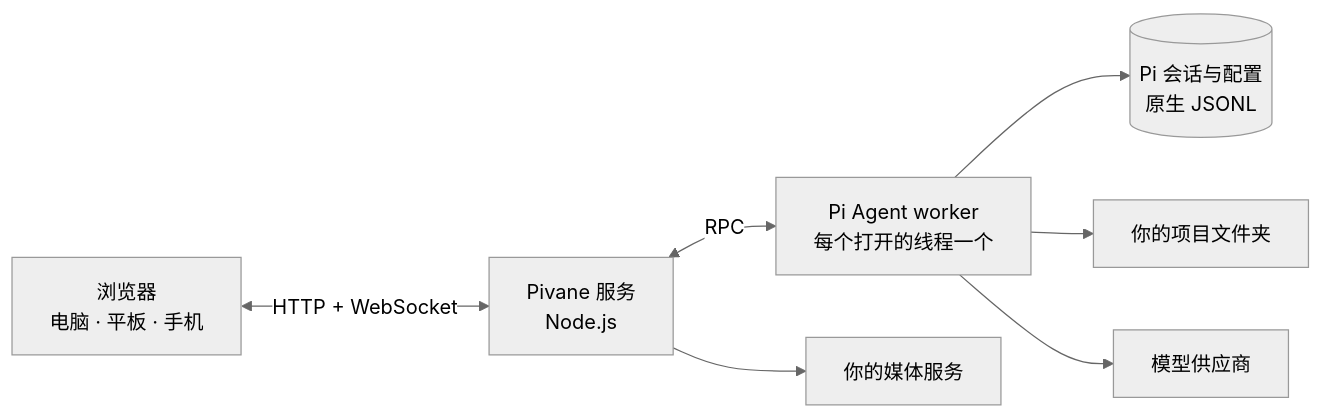
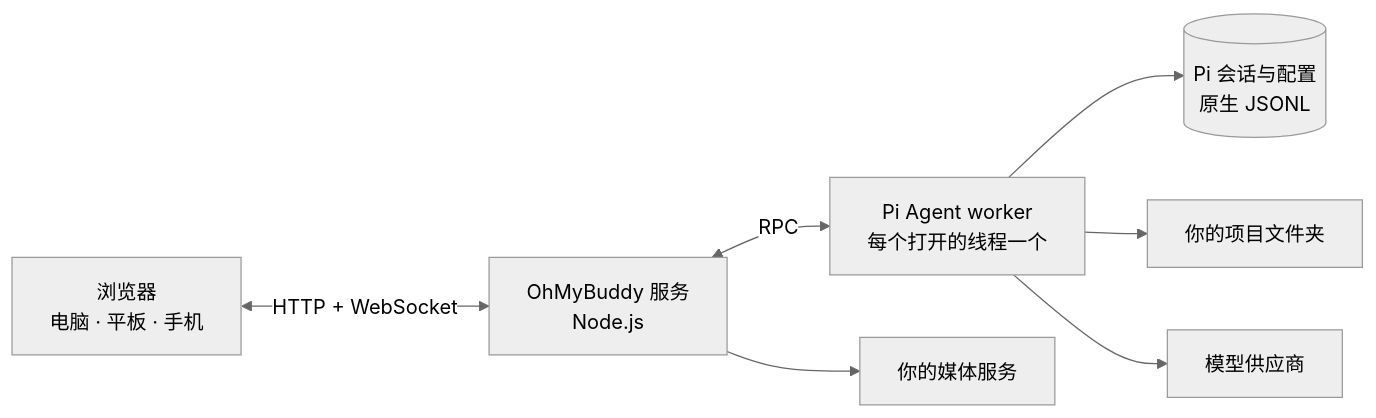
One commit to YogurtJ/OhMyBuddy changed the diagram in README.zh-CN.md. Above: the diagram before and after it, drawn with Mermaid (neutral theme). The commit also changed other lines of this file and 274 other files, not shown here.

Commit message:
feat(branding): rename Pivane to OhMyBuddy with legacy compatibility

````diff
--- a/README.zh-CN.md
+++ b/README.zh-CN.md
@@ -174,9 +165,9 @@
 ```mermaid
 flowchart LR
-    B["浏览器<br/>电脑 · 平板 · 手机"] <-->|HTTP + WebSocket| S["Pivane 服务<br/>Node.js"]
+    B["浏览器<br/>电脑 · 平板 · 手机"] <-->|HTTP + WebSocket| S["OhMyBuddy 服务<br/>Node.js"]
     S <-->|RPC| W["Pi Agent worker<br/>每个打开的线程一个"]
     W --> D[("Pi 会话与配置<br/>原生 JSONL")]
     W --> P["你的项目文件夹"]
     W --> L["模型供应商"]
     S --> M["你的媒体服务"]
 ```
````
